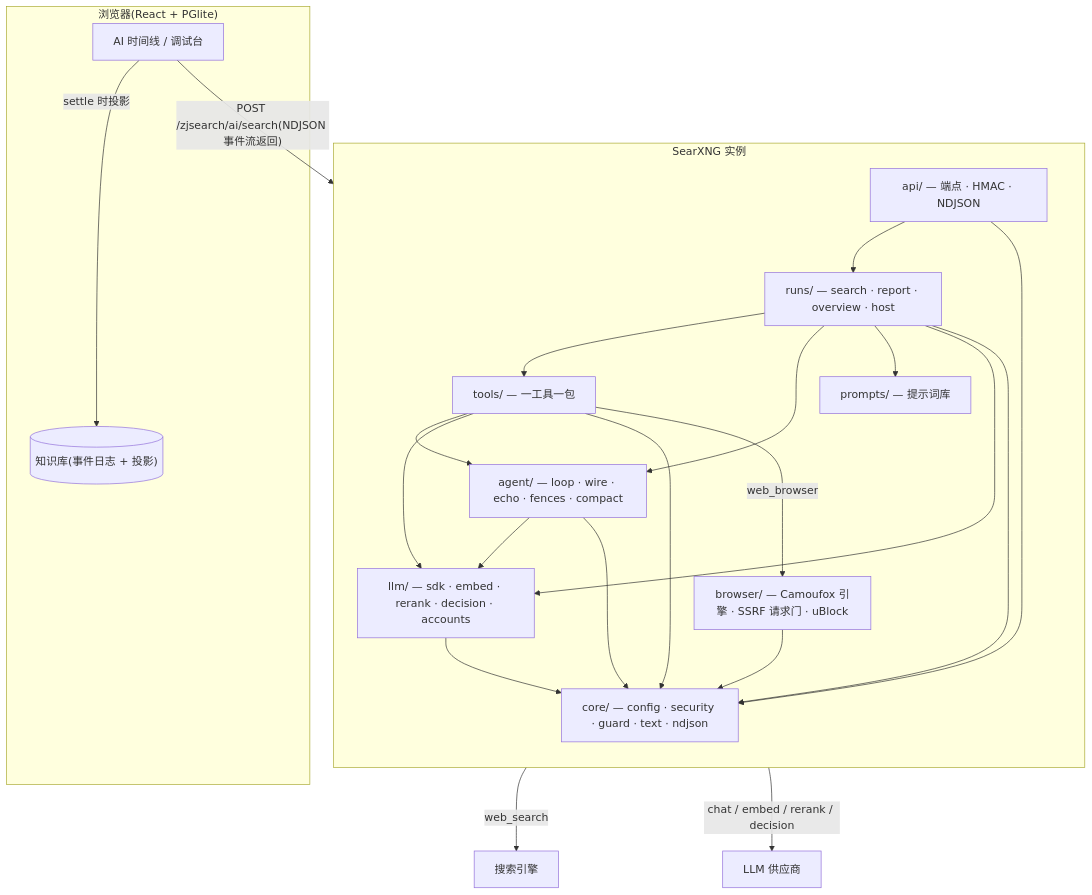
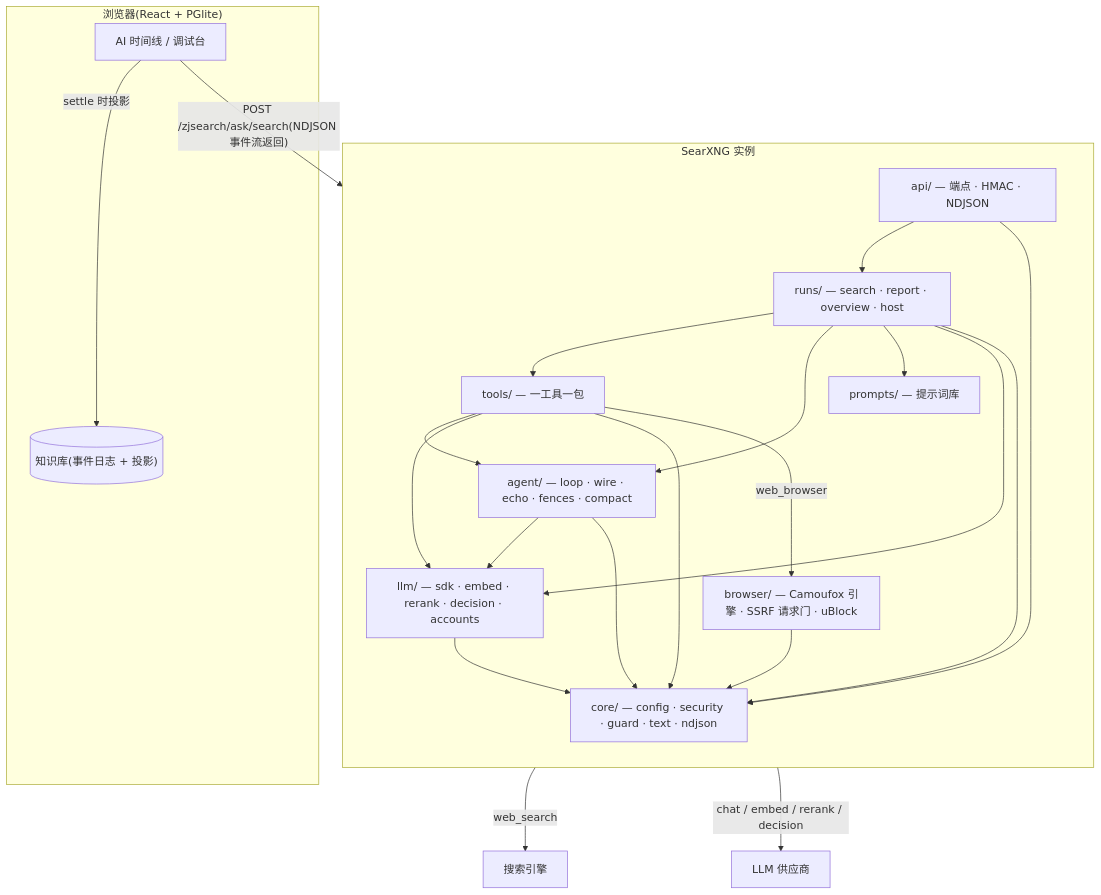
One commit to hezhijie0327/ZJSearch changed the first of 5 diagrams in NEXTGEN-DESIGN.md. Above: the diagram before and after it, drawn with Mermaid. The commit also changed other lines of this file and 2 other files, not shown here.

````diff
--- a/NEXTGEN-DESIGN.md
+++ b/NEXTGEN-DESIGN.md
@@ -218,39 +218,39 @@
 ```mermaid
 flowchart TB
   subgraph B["浏览器(React + PGlite)"]
     UI["AI 时间线 / 调试台"]
     KB[("知识库(事件日志 + 投影)")]
   end
   subgraph S["SearXNG 实例"]
     direction TB
     API["api/ — 端点 · HMAC · NDJSON"]
     RUNS["runs/ — search · report · overview · host"]
     TOOLS["tools/ — 一工具一包"]
     AGENT["agent/ — loop · wire · echo · fences · compact"]
     PROMPTS["prompts/ — 提示词库"]
     LLM["llm/ — sdk · embed · rerank · decision · accounts"]
     BROWSER["browser/ — Camoufox 引擎 · SSRF 请求门 · uBlock"]
     CORE["core/ — config · security · guard · text · ndjson"]
   end
   ENG["搜索引擎"]
   LLMX["LLM 供应商"]
-  UI -- "POST /zjsearch/ai/search(NDJSON 事件流返回)" --> API
+  UI -- "POST /zjsearch/ask/search(NDJSON 事件流返回)" --> API
   API --> RUNS
   RUNS --> TOOLS
   RUNS --> AGENT
   RUNS --> PROMPTS
   TOOLS --> AGENT
   TOOLS --> LLM
   RUNS --> LLM
   AGENT --> LLM
   LLM --> CORE
   TOOLS --> CORE
   RUNS --> CORE
   AGENT --> CORE
   API --> CORE
   TOOLS -- "web_search" --> ENG
   TOOLS -- "web_browser" --> BROWSER
   BROWSER --> CORE
   LLM -- "chat / embed / rerank / decision" --> LLMX
   UI -- "settle 时投影" --> KB
 ```
````
